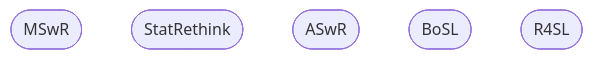
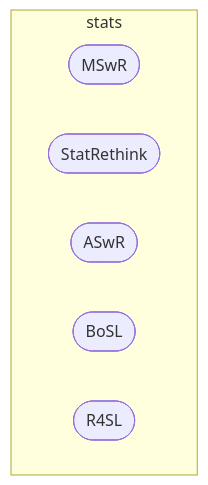
One commit to parmsam/r-learning-paths changed the fourth of 4 diagrams in README.md. Above: the diagram before and after it, drawn with Mermaid. The commit also changed other lines of this file, not shown here.

````diff
--- a/README.md
+++ b/README.md
@@ -68,13 +83,15 @@
 ```mermaid
 graph TD
+    subgraph stats
     C1([MSwR])
     C2([StatRethink])
     C3([ASwR])
     C4([BoSL])
     C5([R4SL])
+    end
     click C1 "https://modernstatisticswithr.com/"
     click C2 "https://xcelab.net/rm/statistical-rethinking/"
     click C3 "https://book.stat420.org/"
     click C4 "https://statisticallearning.org/"
     click C5 "https://daviddalpiaz.github.io/r4sl/"
 ```
````
